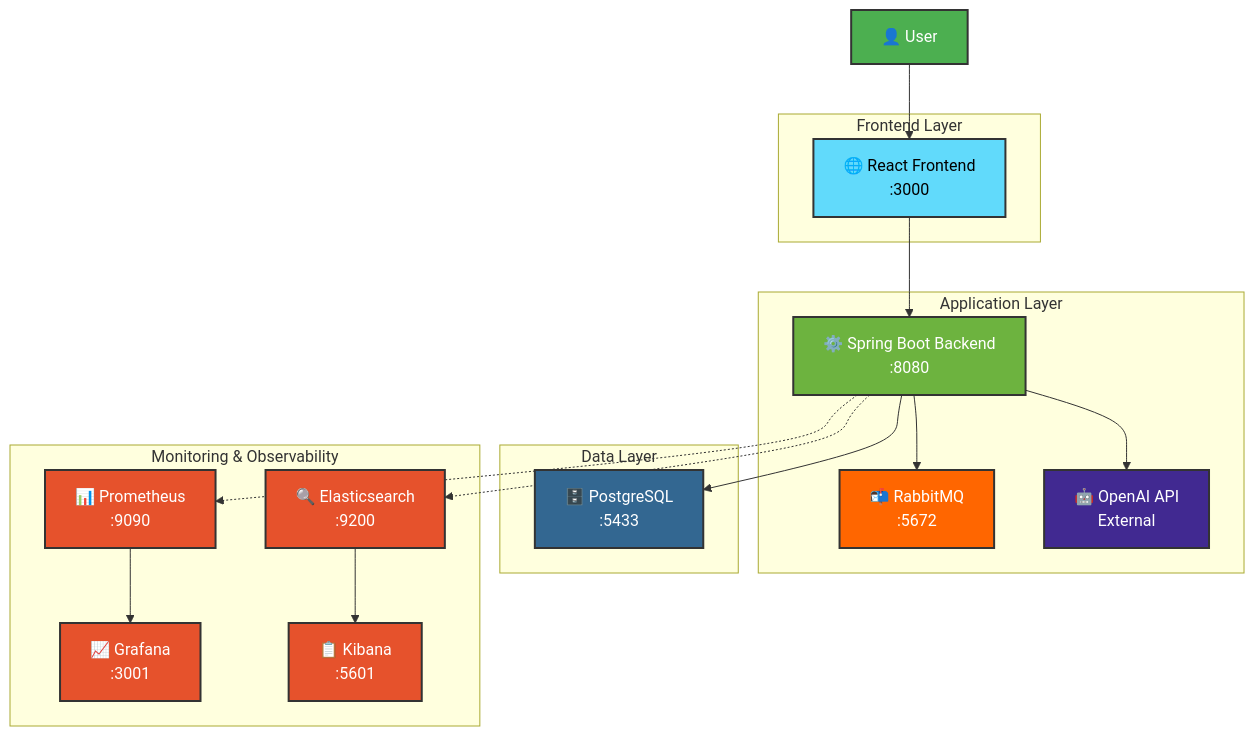
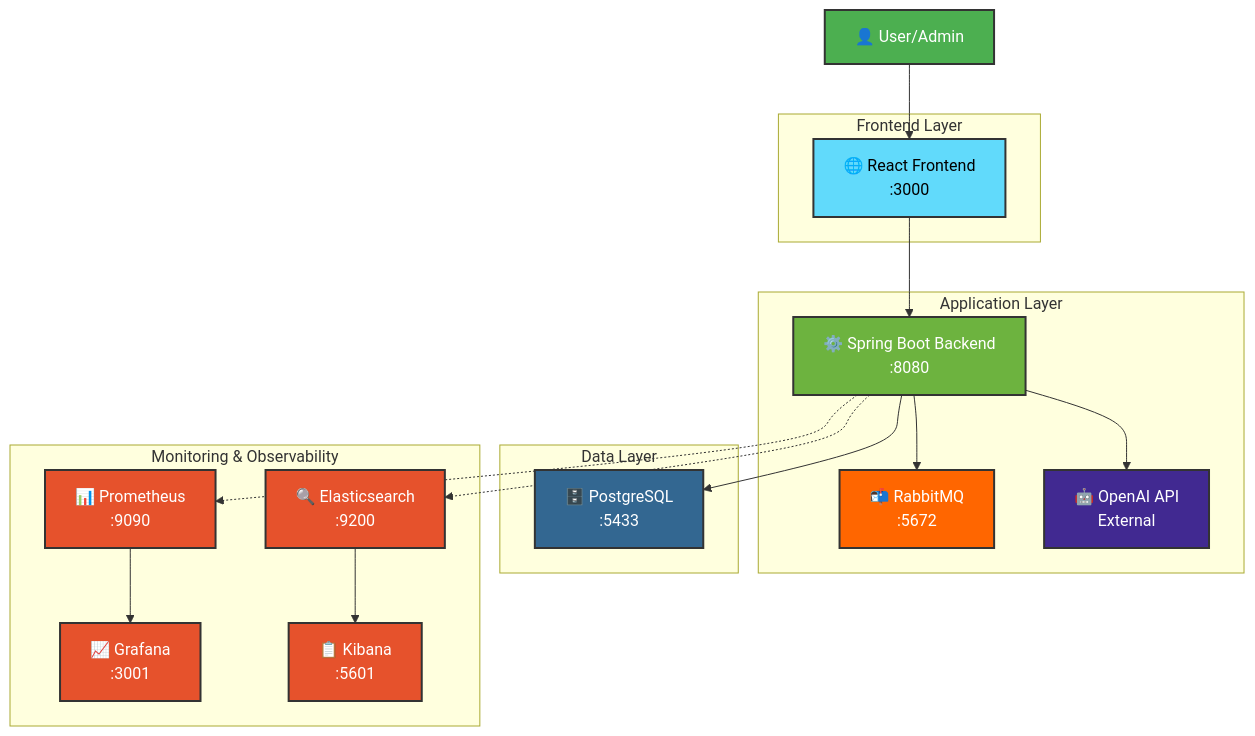
Before and after one commit to SaiHimaja/UserManagement: the diagram in README.md, drawn with Mermaid.

````diff
--- a/README.md
+++ b/README.md
@@ -7,58 +7,58 @@
 ```mermaid
 graph TB
     %% User Layer
-    User[👤 User]
+    User[👤 User/Admin]
     
     %% Frontend Layer
     subgraph "Frontend Layer"
         React[🌐 React Frontend<br/>:3000]
     end
     
     %% Application Layer
     subgraph "Application Layer"
         Spring[⚙️ Spring Boot Backend<br/>:8080]
         RabbitMQ[📬 RabbitMQ<br/>:5672]
         OpenAI[🤖 OpenAI API<br/>External]
     end
     
     %% Data Layer
     subgraph "Data Layer"
         PostgreSQL[🗄️ PostgreSQL<br/>:5433]
     end
     
     %% Monitoring Layer
     subgraph "Monitoring & Observability"
         Prometheus[📊 Prometheus<br/>:9090]
         Grafana[📈 Grafana<br/>:3001]
         Elasticsearch[🔍 Elasticsearch<br/>:9200]
         Kibana[📋 Kibana<br/>:5601]
     end
     
     %% Connections
     User --> React
     React --> Spring
     Spring --> PostgreSQL
     Spring --> RabbitMQ
     Spring --> OpenAI
     Spring -.-> Prometheus
     Spring -.-> Elasticsearch
     Prometheus --> Grafana
     Elasticsearch --> Kibana
     
     %% Styling
     classDef frontend fill:#61dafb,stroke:#333,stroke-width:2px,color:#000
     classDef backend fill:#6db33f,stroke:#333,stroke-width:2px,color:#fff
     classDef database fill:#336791,stroke:#333,stroke-width:2px,color:#fff
     classDef queue fill:#ff6600,stroke:#333,stroke-width:2px,color:#fff
     classDef ai fill:#412991,stroke:#333,stroke-width:2px,color:#fff
     classDef monitoring fill:#e6522c,stroke:#333,stroke-width:2px,color:#fff
     classDef user fill:#4CAF50,stroke:#333,stroke-width:2px,color:#fff
     
     class User user
     class React frontend
     class Spring backend
     class PostgreSQL database
     class RabbitMQ queue
     class OpenAI ai
     class Prometheus,Grafana,Elasticsearch,Kibana monitoring
 ```
````
